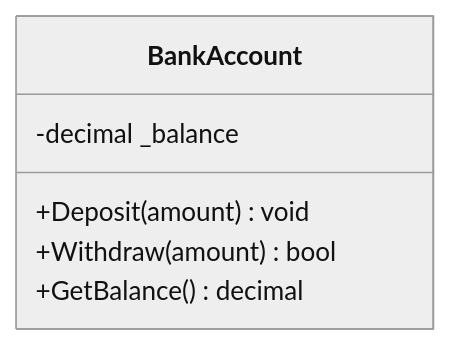
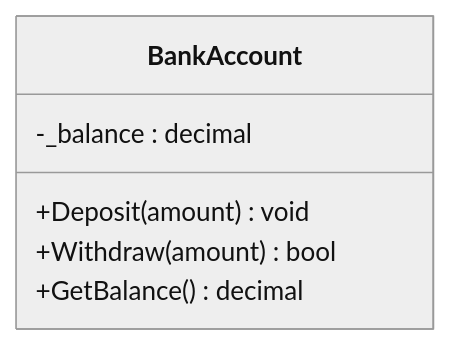
The second of 6 diagrams in 00-Foundations/01-OOP-Basics/notes.md (tushardongre1990/LLD-Claude), drawn with Mermaid (neutral theme) before and after one commit. The commit also changed other lines of this file and 19 other files, not shown here.

First line of the commit message:
docs(00-Foundations): fix mermaid attribute ordering to name : type

````diff
--- a/00-Foundations/01-OOP-Basics/notes.md
+++ b/00-Foundations/01-OOP-Basics/notes.md
@@ -66,9 +66,9 @@
 ```mermaid
 classDiagram
     class BankAccount {
-        -decimal _balance
+        -_balance : decimal
         +Deposit(amount) void
         +Withdraw(amount) bool
         +GetBalance() decimal
     }
 ```
````
